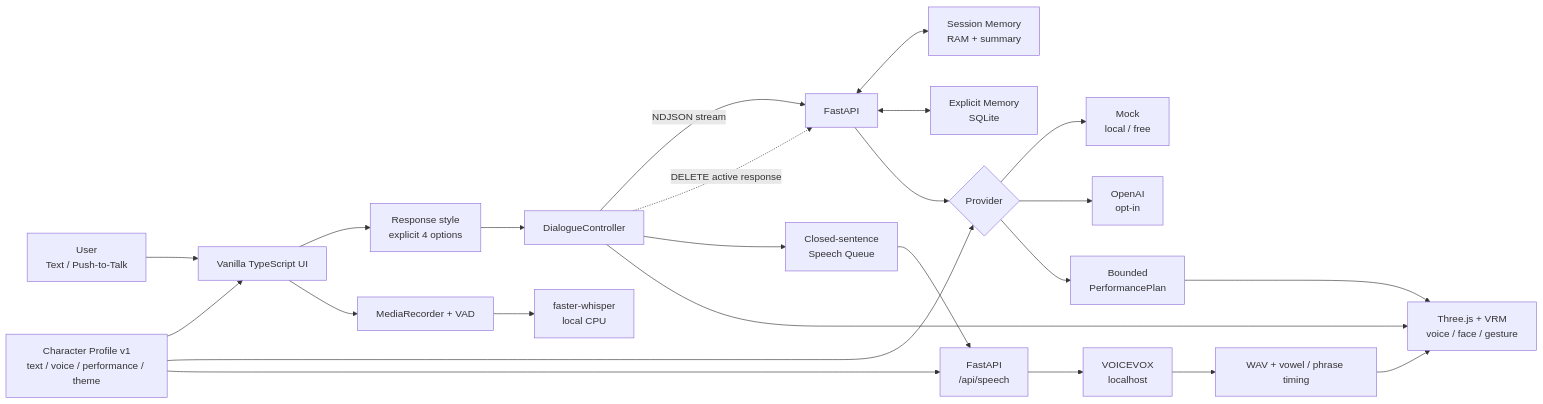
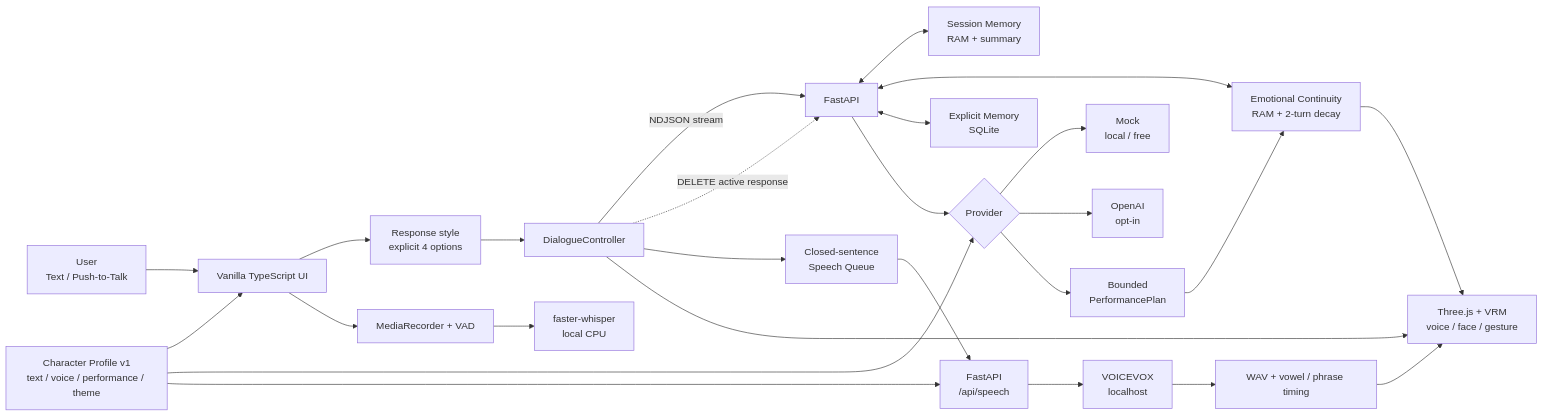
One commit to yutoo77/adaptive-vrm-dialogue-agent changed the diagram in README.md. Above: the diagram before and after it, drawn with Mermaid. The commit also changed other lines of this file and 34 other files, not shown here.

Commit message:
feat: add embodied emotional continuity

````diff
--- a/README.md
+++ b/README.md
@@ -109,28 +114,30 @@
 ```mermaid
 flowchart LR
     User["User\nText / Push-to-Talk"] --> UI["Vanilla TypeScript UI"]
     UI --> Style["Response style\nexplicit 4 options"]
     Profile["Character Profile v1\ntext / voice / performance / theme"] --> UI
     Style --> Dialogue["DialogueController"]
     Dialogue -->|"NDJSON stream"| API["FastAPI"]
     Dialogue -. "DELETE active response" .-> API
     API <--> Session["Session Memory\nRAM + summary"]
+    API <--> Affect["Emotional Continuity\nRAM + 2-turn decay"]
     API <--> SQLite["Explicit Memory\nSQLite"]
     API --> Provider{"Provider"}
     Profile --> Provider
     Provider --> Mock["Mock\nlocal / free"]
     Provider --> OpenAI["OpenAI\nopt-in"]
     Provider --> Plan["Bounded\nPerformancePlan"]
+    Plan --> Affect
 
     UI --> PTT["MediaRecorder + VAD"]
     PTT --> Whisper["faster-whisper\nlocal CPU"]
 
     Dialogue --> SentenceQueue["Closed-sentence\nSpeech Queue"]
     SentenceQueue --> SpeechAPI["FastAPI\n/api/speech"]
     SpeechAPI --> Voicevox["VOICEVOX\nlocalhost"]
     Profile --> SpeechAPI
     Voicevox --> Timing["WAV + vowel / phrase timing"]
     Timing --> Avatar["Three.js + VRM\nvoice / face / gesture"]
-    Plan --> Avatar
+    Affect --> Avatar
     Dialogue --> Avatar
 ```
````
